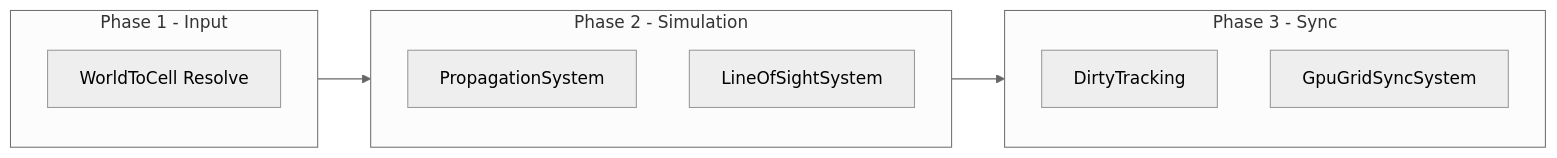
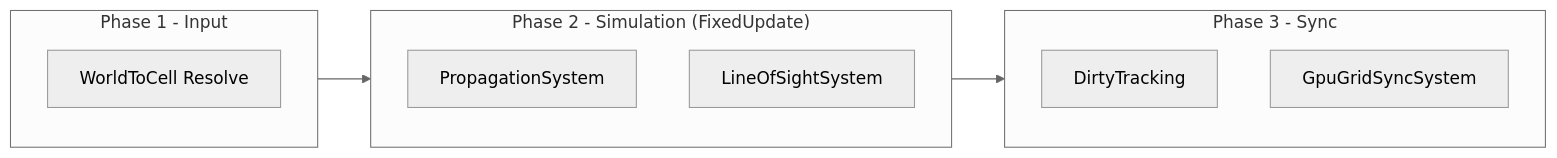
One commit to harmonius-dev/harmonius changed the second of 5 diagrams in docs/design/simulation/grids-volumes.md. Above: the diagram before and after it, drawn with Mermaid (neutral theme). The commit also changed other lines of this file and 174 other files, not shown here.

````diff
--- a/docs/design/simulation/grids-volumes.md
+++ b/docs/design/simulation/grids-volumes.md
@@ -209,16 +209,16 @@
 ```mermaid
 flowchart LR
     subgraph phase1[Phase 1 - Input]
         W2C[WorldToCell Resolve]
     end
-    subgraph phase2[Phase 2 - Simulation]
+    subgraph phase2["Phase 2 - Simulation (FixedUpdate)"]
         PROP[PropagationSystem]
         LOS[LineOfSightSystem]
     end
     subgraph phase3[Phase 3 - Sync]
         DIRTY[DirtyTracking]
         GPU[GpuGridSyncSystem]
     end
     phase1 --> phase2
     phase2 --> phase3
 ```
````
